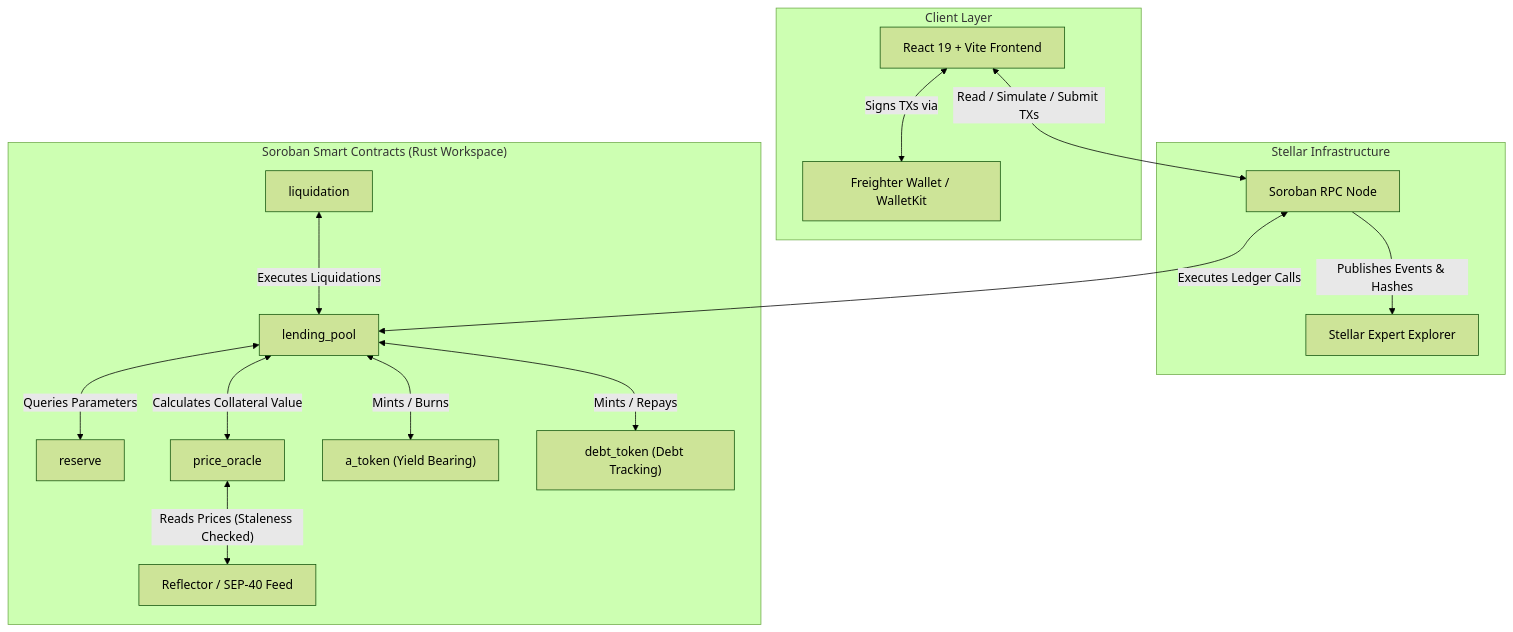
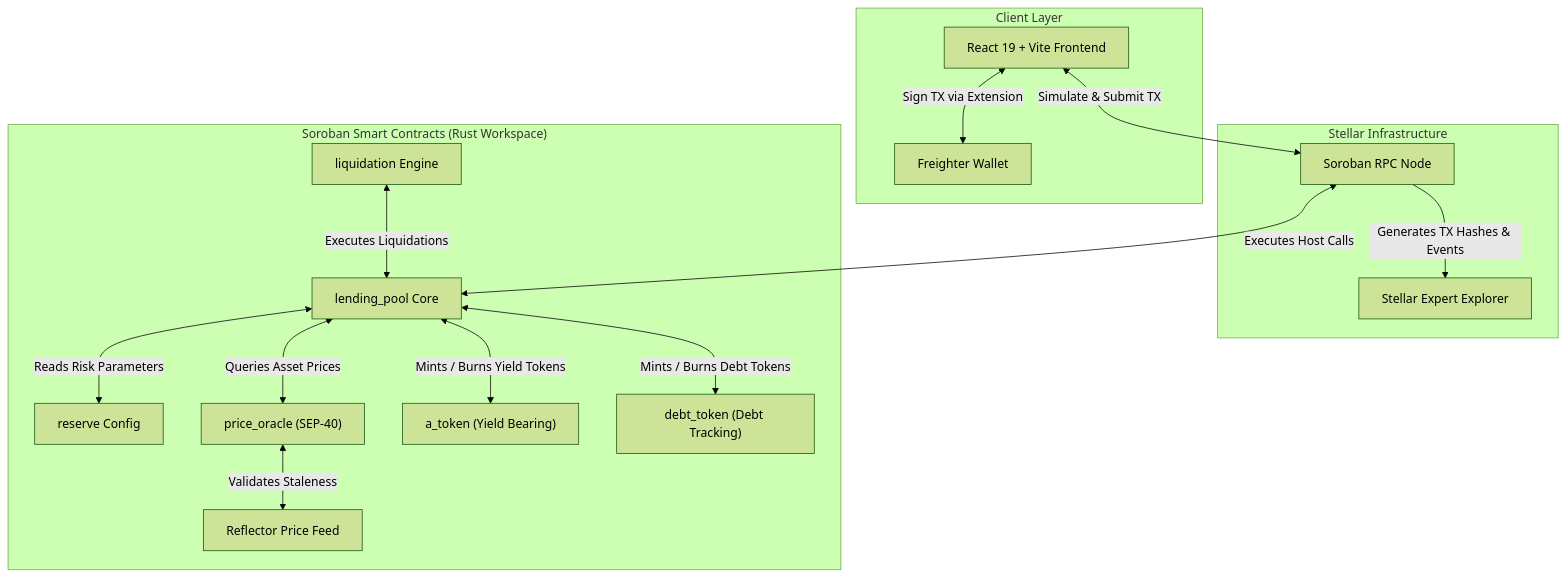
Before and after one commit to TheAnh1404/UdonFi: the first of 2 diagrams in README.md, drawn with Mermaid (forest theme). The commit also changed other lines of this file and 1 other file, not shown here.

````diff
--- a/README.md
+++ b/README.md
@@ -46,33 +57,33 @@
 ```mermaid
 flowchart TD
     subgraph Client ["Client Layer"]
         UI["React 19 + Vite Frontend"]
-        FW["Freighter Wallet / WalletKit"]
+        FW["Freighter Wallet"]
     end
 
     subgraph StellarRPC ["Stellar Infrastructure"]
         RPC["Soroban RPC Node"]
         Explorer["Stellar Expert Explorer"]
     end
 
     subgraph Contracts ["Soroban Smart Contracts (Rust Workspace)"]
-        LP["lending_pool"]
-        RES["reserve"]
-        ORACLE["price_oracle"]
-        LIQ["liquidation"]
+        LP["lending_pool Core"]
+        RES["reserve Config"]
+        ORACLE["price_oracle (SEP-40)"]
+        LIQ["liquidation Engine"]
         ATOKEN["a_token (Yield Bearing)"]
         DEBTTOKEN["debt_token (Debt Tracking)"]
-        REFLECTOR["Reflector / SEP-40 Feed"]
+        REFLECTOR["Reflector Price Feed"]
     end
 
-    UI <-->|"Signs TXs via"| FW
-    UI <-->|"Read / Simulate / Submit TXs"| RPC
-    RPC <-->|"Executes Ledger Calls"| LP
-    LP <-->|"Queries Parameters"| RES
-    LP <-->|"Calculates Collateral Value"| ORACLE
-    ORACLE <-->|"Reads Prices (Staleness Checked)"| REFLECTOR
-    LP <-->|"Mints / Burns"| ATOKEN
-    LP <-->|"Mints / Repays"| DEBTTOKEN
+    UI <-->|"Sign TX via Extension"| FW
+    UI <-->|"Simulate & Submit TX"| RPC
+    RPC <-->|"Executes Host Calls"| LP
+    LP <-->|"Reads Risk Parameters"| RES
+    LP <-->|"Queries Asset Prices"| ORACLE
+    ORACLE <-->|"Validates Staleness"| REFLECTOR
+    LP <-->|"Mints / Burns Yield Tokens"| ATOKEN
+    LP <-->|"Mints / Burns Debt Tokens"| DEBTTOKEN
     LIQ <-->|"Executes Liquidations"| LP
-    RPC -->|"Publishes Events & Hashes"| Explorer
+    RPC -->|"Generates TX Hashes & Events"| Explorer
 ```
````
